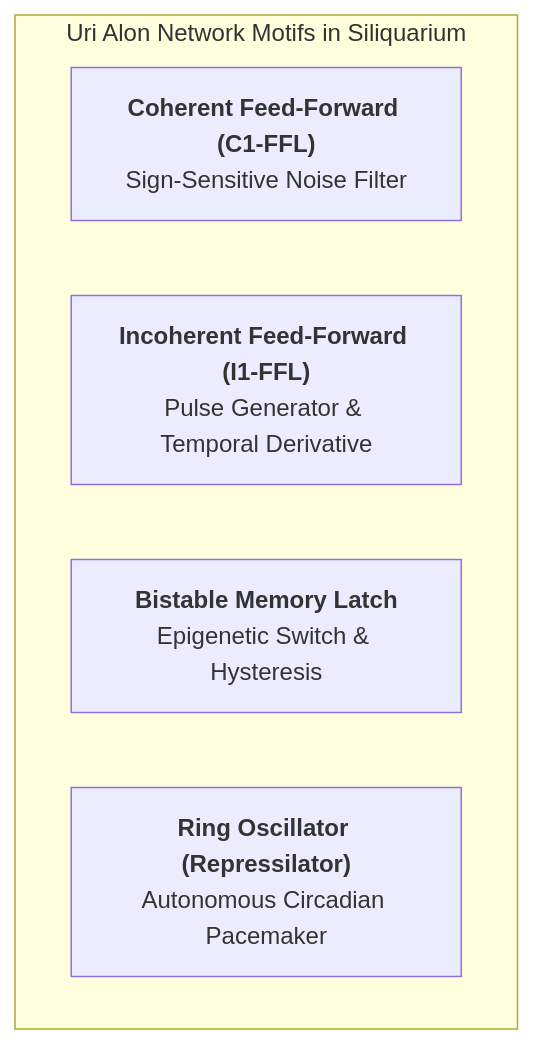
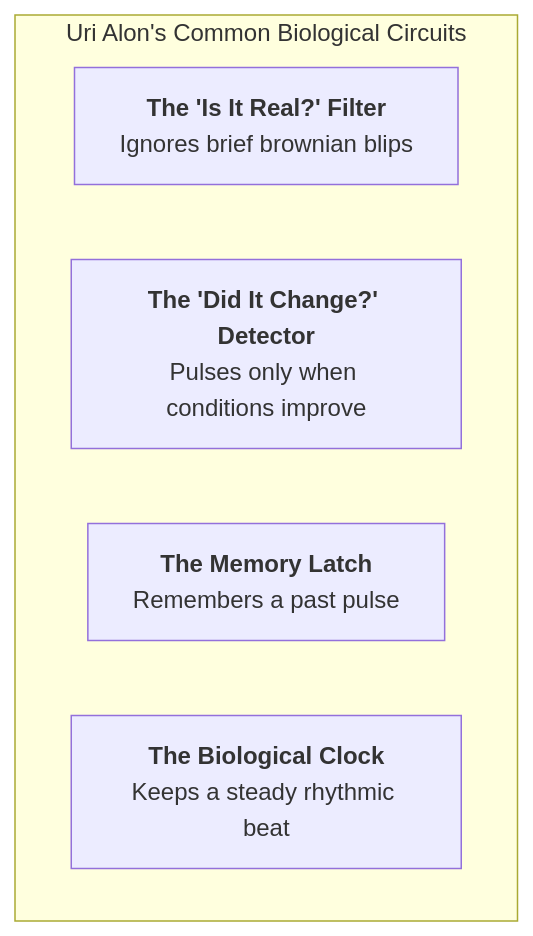
One commit to ianohlander/Siliquarium changed the third of 6 diagrams in docs/REALITY_TO_SIMULATION_TRANSLATION_MATRIX.md. Above: the diagram before and after it, drawn with Mermaid. The commit also changed other lines of this file and 1 other file, not shown here.

Commit message:
docs: redesign translation matrix with plain-English tri-domain structure, syntax-error-free diagrams, and clear examples

````diff
--- a/docs/REALITY_TO_SIMULATION_TRANSLATION_MATRIX.md
+++ b/docs/REALITY_TO_SIMULATION_TRANSLATION_MATRIX.md
@@ -86,9 +129,9 @@
 ```mermaid
 flowchart TD
-    subgraph Motifs["Uri Alon Network Motifs in Siliquarium"]
-        M1["<b>Coherent Feed-Forward (C1-FFL)</b><br/>Sign-Sensitive Noise Filter"]
-        M2["<b>Incoherent Feed-Forward (I1-FFL)</b><br/>Pulse Generator & Temporal Derivative"]
-        M3["<b>Bistable Memory Latch</b><br/>Epigenetic Switch & Hysteresis"]
-        M4["<b>Ring Oscillator (Repressilator)</b><br/>Autonomous Circadian Pacemaker"]
+    subgraph SmartCircuits["Uri Alon's Common Biological Circuits"]
+        M1["<b>The 'Is It Real?' Filter</b><br/>Ignores brief brownian blips"]
+        M2["<b>The 'Did It Change?' Detector</b><br/>Pulses only when conditions improve"]
+        M3["<b>The Memory Latch</b><br/>Remembers a past pulse"]
+        M4["<b>The Biological Clock</b><br/>Keeps a steady rhythmic beat"]
     end
 ```
````
